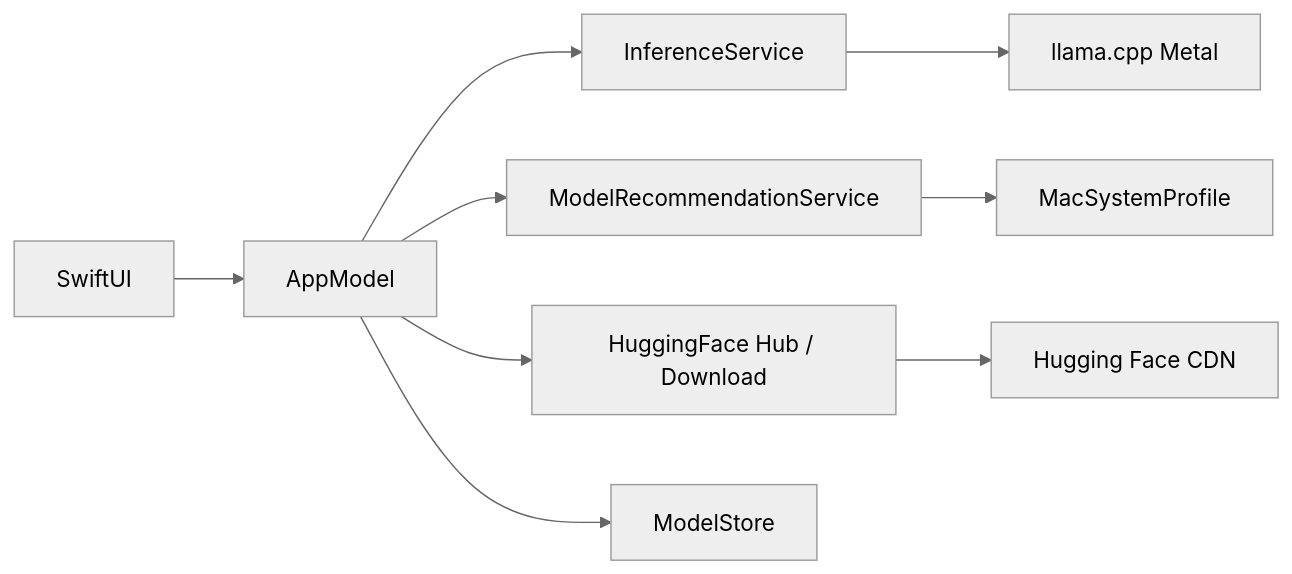
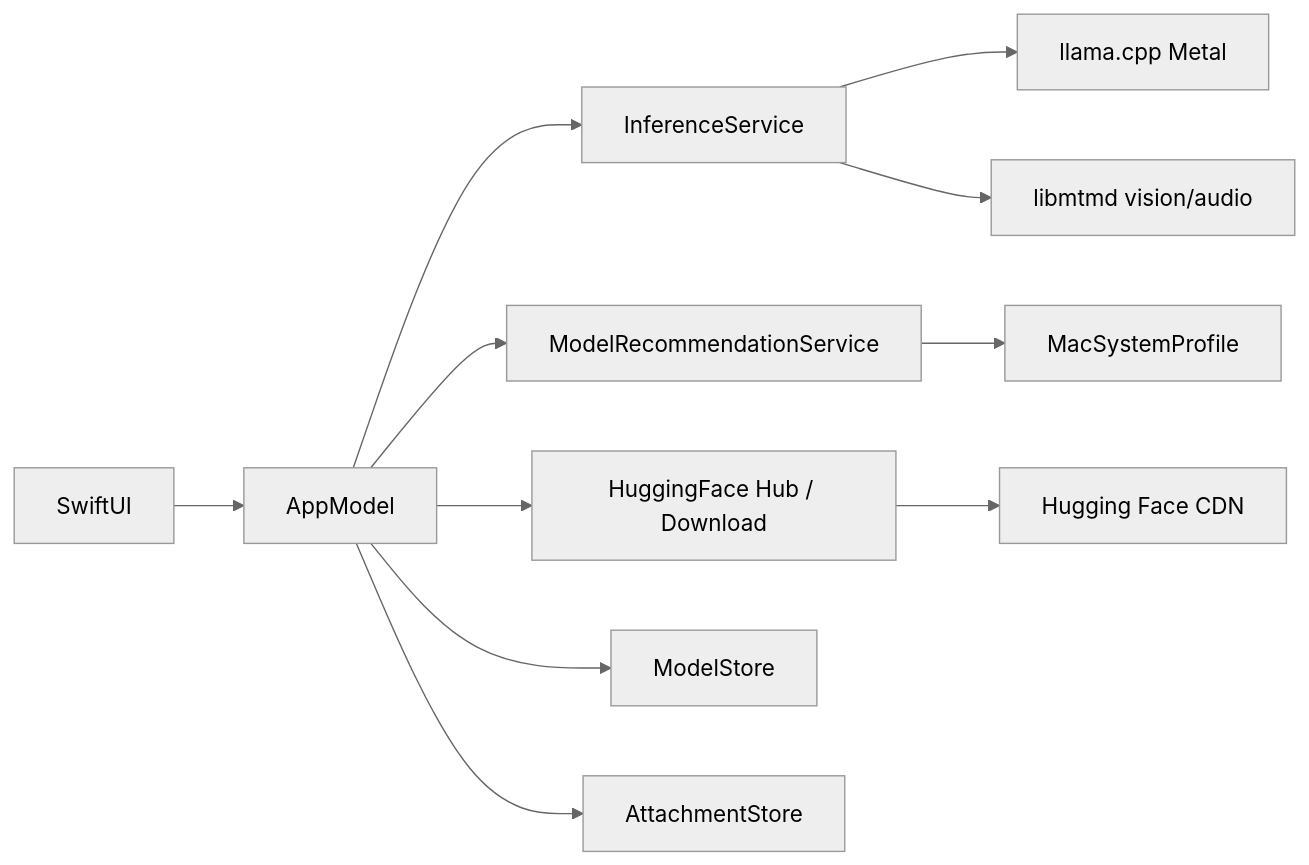
One commit to kuarezma/MacLLM changed the diagram in README.md. Above: the diagram before and after it, drawn with Mermaid (neutral theme). The commit also changed other lines of this file and 29 other files, not shown here.

First line of the commit message:
Release v1.6.0: multimodal attachments, mtmd vision, reply sanitization

````diff
--- a/README.md
+++ b/README.md
@@ -222,11 +242,13 @@
 ```mermaid
 flowchart LR
     UI[SwiftUI] --> AppModel
     AppModel --> Inference[InferenceService]
     AppModel --> Rec[ModelRecommendationService]
     AppModel --> HF[HuggingFace Hub / Download]
     Rec --> Profile[MacSystemProfile]
     Inference --> Llama[llama.cpp Metal]
+    Inference --> Mtmd[libmtmd vision/audio]
     HF --> CDN[Hugging Face CDN]
     AppModel --> Store[ModelStore]
+    AppModel --> Attach[AttachmentStore]
 ```
````
